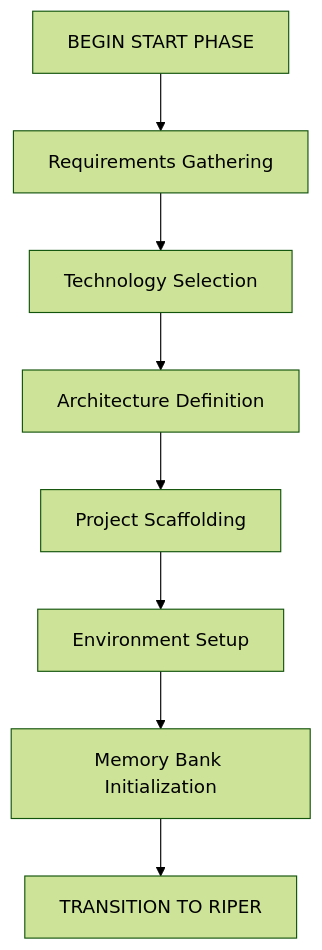
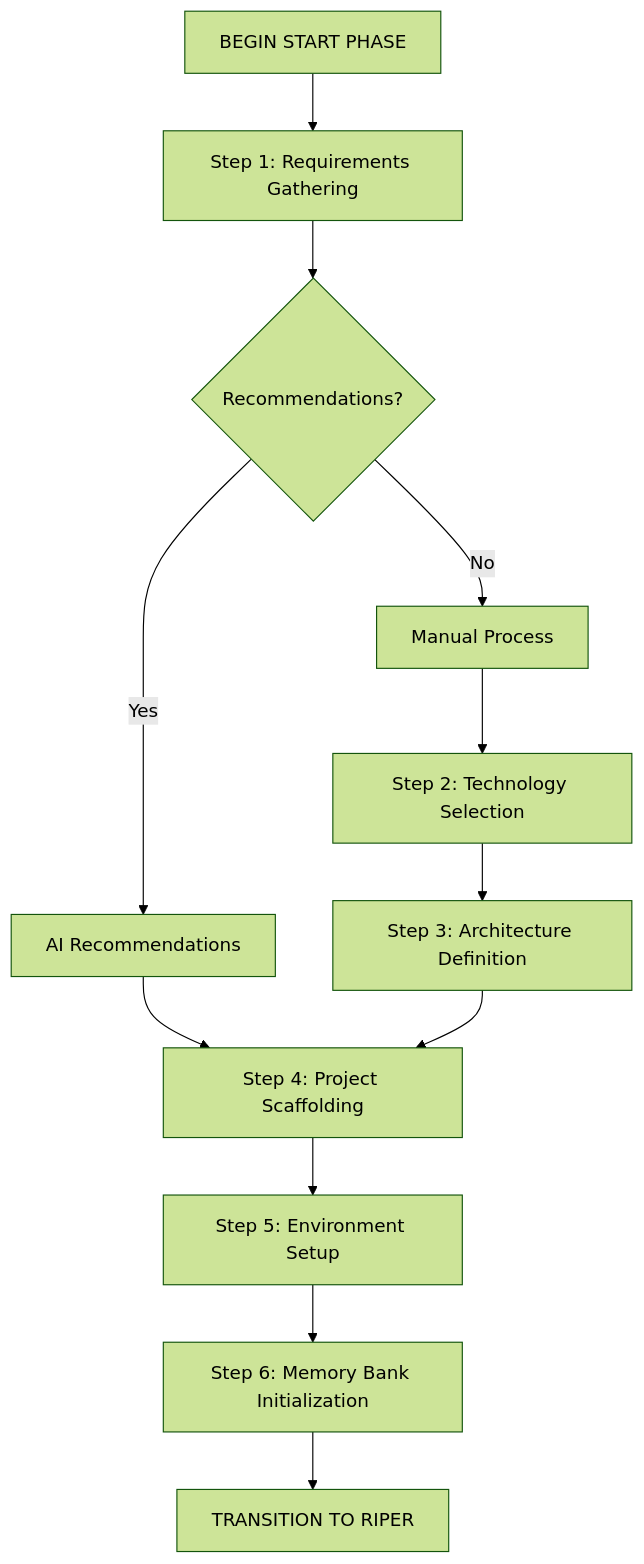
The first of 2 diagrams in README.md (johnpeterman72/cursor_memory_riper_framework), drawn with Mermaid (forest theme) before and after one commit. The commit also changed other lines of this file, not shown here.

````diff
--- a/README.md
+++ b/README.md
@@ -8,10 +9,14 @@
 ```mermaid
 flowchart TD
-    Start[BEGIN START PHASE] --> Req[Requirements Gathering]
-    Req --> Tech[Technology Selection]
-    Tech --> Arch[Architecture Definition]
-    Arch --> Scaffold[Project Scaffolding]
-    Scaffold --> Setup[Environment Setup]
-    Setup --> Memory[Memory Bank Initialization]
+    Start[BEGIN START PHASE] --> Req[Step 1: Requirements Gathering]
+    Req --> Decision{Recommendations?}
+    Decision -->|Yes| AutoRecs[AI Recommendations]
+    Decision -->|No| Manual[Manual Process]
+    AutoRecs --> Scaffold[Step 4: Project Scaffolding]
+    Manual --> Tech[Step 2: Technology Selection]
+    Tech --> Arch[Step 3: Architecture Definition]
+    Arch --> Scaffold
+    Scaffold --> Setup[Step 5: Environment Setup]
+    Setup --> Memory[Step 6: Memory Bank Initialization]
     Memory --> End[TRANSITION TO RIPER]
 ```  
````
